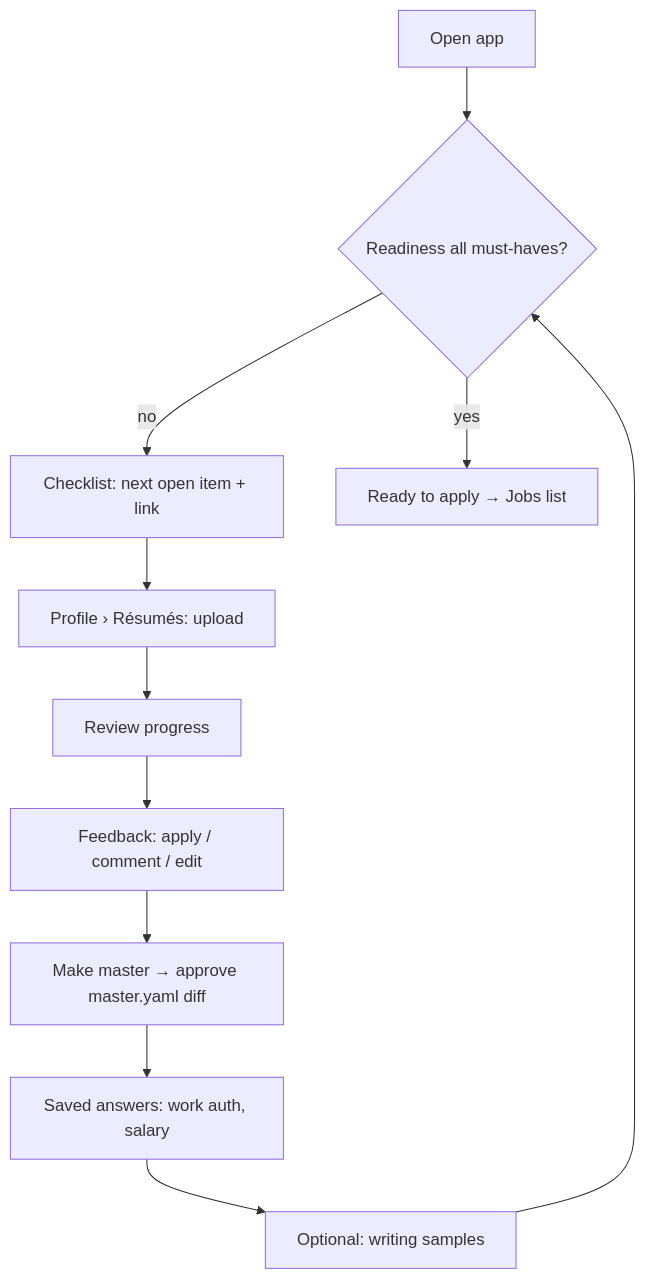
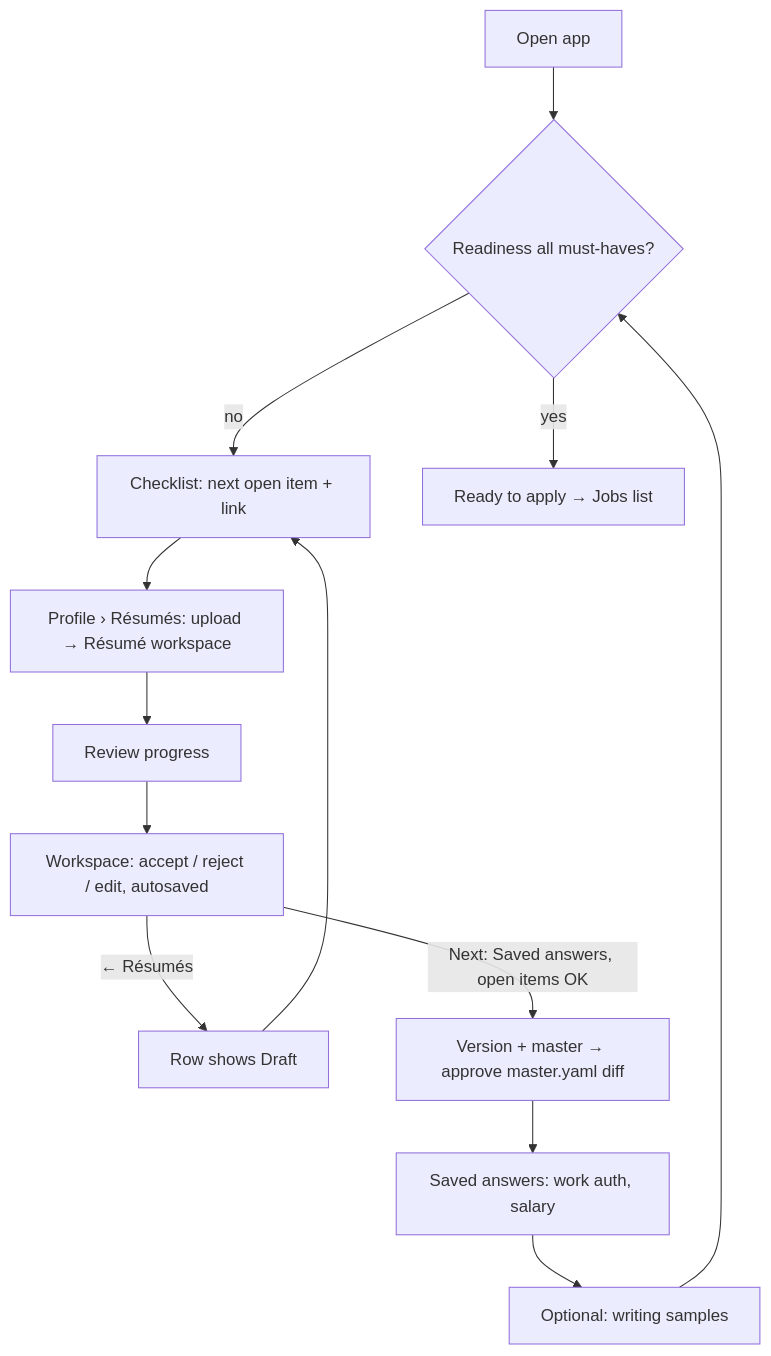
The first of 4 diagrams in docs/product/07_USER_FLOWS.md (m0hamedb3ngab5ia/career-os-template), drawn with Mermaid before and after one commit. The commit also changed other lines of this file and 10 other files, not shown here.

First line of the commit message:
docs(product): résumé workspace spec (DEC-012) (#166)

````diff
--- a/docs/product/07_USER_FLOWS.md
+++ b/docs/product/07_USER_FLOWS.md
@@ -6,12 +6,13 @@
 ```mermaid
 flowchart TD
   A[Open app] --> B{Readiness all must-haves?}
   B -- no --> C[Checklist: next open item + link]
-  C --> D[Profile › Résumés: upload]
-  D --> E[Review progress] --> F[Feedback: apply / comment / edit]
-  F --> G[Make master → approve master.yaml diff]
+  C --> D[Profile › Résumés: upload → Résumé workspace]
+  D --> E[Review progress] --> F[Workspace: accept / reject / edit, autosaved]
+  F -- "← Résumés" --> K[Row shows Draft] --> C
+  F -- "Next: Saved answers, open items OK" --> G[Version + master → approve master.yaml diff]
   G --> H[Saved answers: work auth, salary]
   H --> I[Optional: writing samples]
   I --> B
   B -- yes --> J[Ready to apply → Jobs list]
 ```
````
